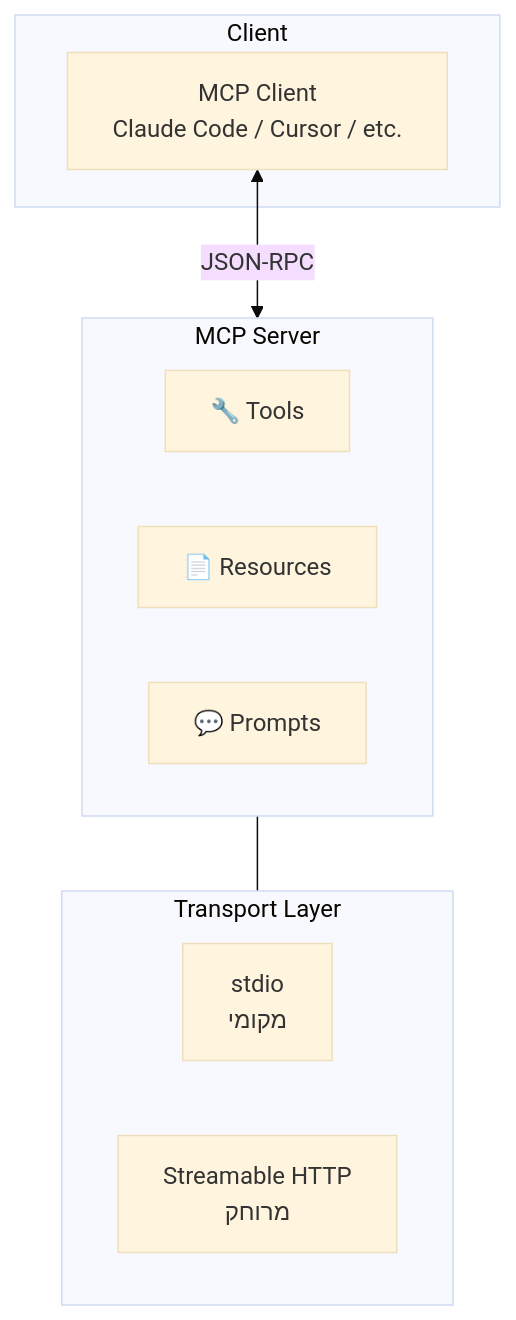
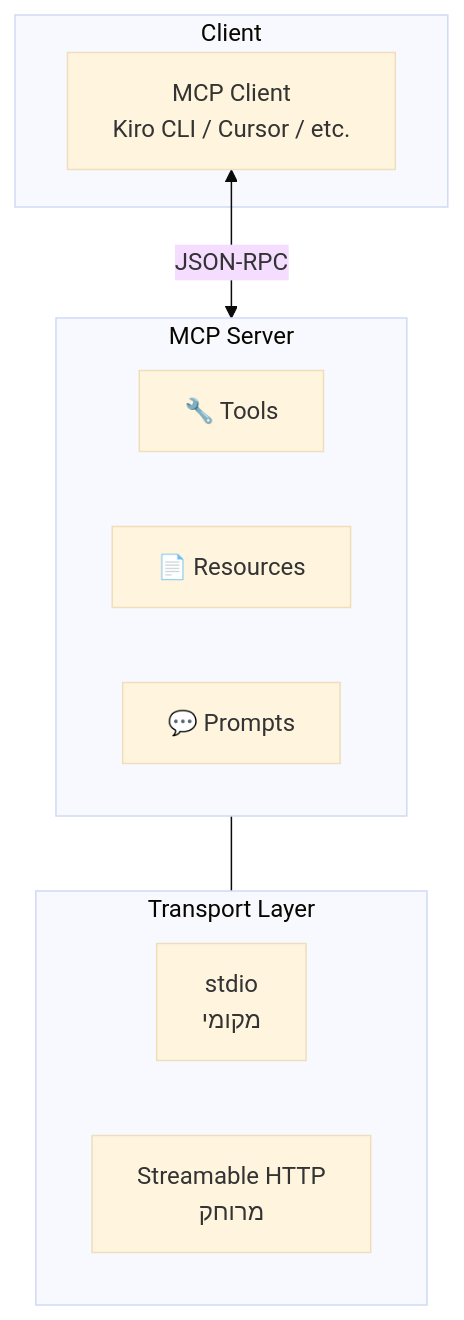
Before and after one commit to tzvimg/ai-course-workshop: the third of 5 diagrams in docs/modules/08-mcp-servers.md, drawn with Mermaid (base theme). The commit also changed other lines of this file and 25 other files, not shown here.

First line of the commit message:
Standardize workshop on Kiro CLI and fix accuracy/consistency issues

````diff
--- a/docs/modules/08-mcp-servers.md
+++ b/docs/modules/08-mcp-servers.md
@@ -63,17 +63,17 @@
 ```mermaid
 graph TB
     subgraph Client
-        MC[MCP Client<br/>Claude Code / Cursor / etc.]
+        MC[MCP Client<br/>Kiro CLI / Cursor / etc.]
     end
     subgraph Server["MCP Server"]
         T[🔧 Tools]
         R[📄 Resources]
         P[💬 Prompts]
     end
     subgraph Transport["Transport Layer"]
         S[stdio<br/>מקומי]
         H[Streamable HTTP<br/>מרוחק]
     end
     MC <-->|JSON-RPC| Server
     Server --- Transport
 ```
````
